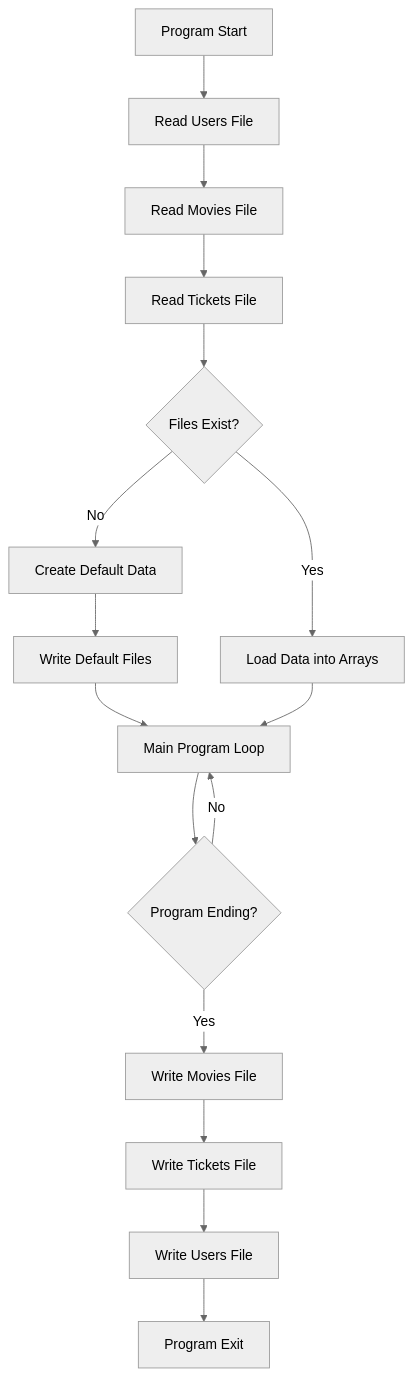
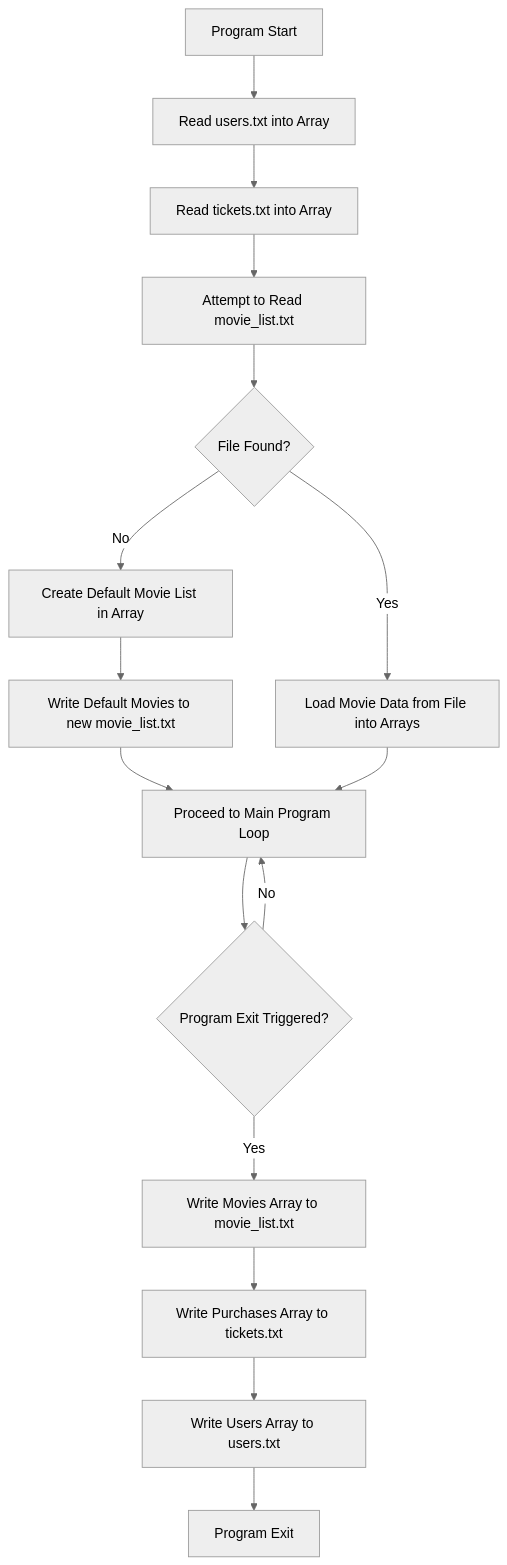
One commit to QUENJiX/test.github.io changed the fifth of 5 diagrams in README.md. Above: the diagram before and after it, drawn with Mermaid (neutral theme). The commit also changed other lines of this file, not shown here.

````diff
--- a/README.md
+++ b/README.md
@@ -525,18 +407,18 @@
 ```mermaid
 graph TD
-    A[Program Start] --> B[Read Users File]
-    B --> C[Read Movies File]
-    C --> D[Read Tickets File]
-    D --> E{Files Exist?}
-    E -->|No| F[Create Default Data]
-    E -->|Yes| G[Load Data into Arrays]
-    F --> H[Write Default Files]
-    H --> I[Main Program Loop]
-    G --> I
-    I --> J{Program Ending?}
+    A[Program Start] --> B[Read users.txt into Array]
+    B --> C[Read tickets.txt into Array]
+    C --> D[Attempt to Read movie_list.txt]
+    D --> E{File Found?}
+    E -->|No| F[Create Default Movie List in Array]
+    F --> G[Write Default Movies to new movie_list.txt]
+    E -->|Yes| H[Load Movie Data from File into Arrays]
+    G --> I[Proceed to Main Program Loop]
+    H --> I
+    I --> J{Program Exit Triggered?}
     J -->|No| I
-    J -->|Yes| K[Write Movies File]
-    K --> L[Write Tickets File]
-    L --> M[Write Users File]
+    J -->|Yes| K[Write Movies Array to movie_list.txt]
+    K --> L[Write Purchases Array to tickets.txt]
+    L --> M[Write Users Array to users.txt]
     M --> N[Program Exit]
 ```
````
